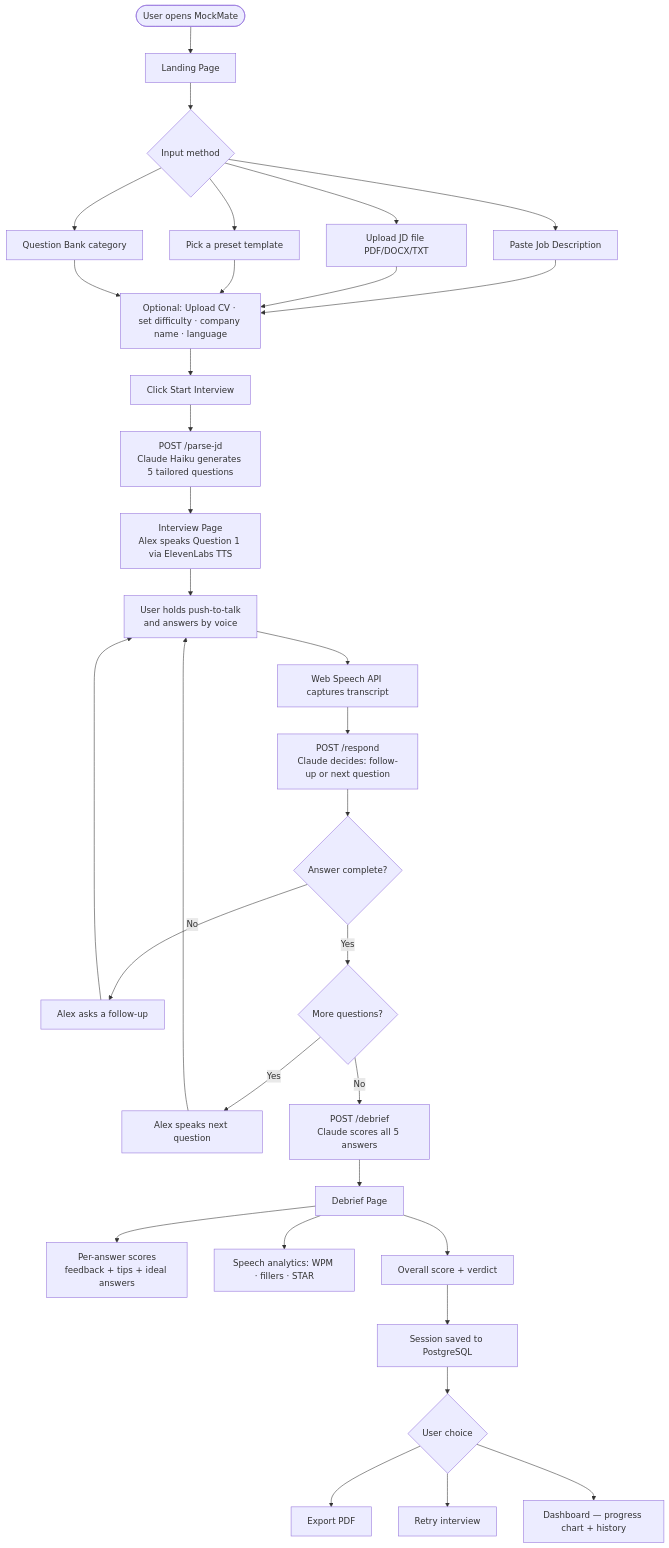
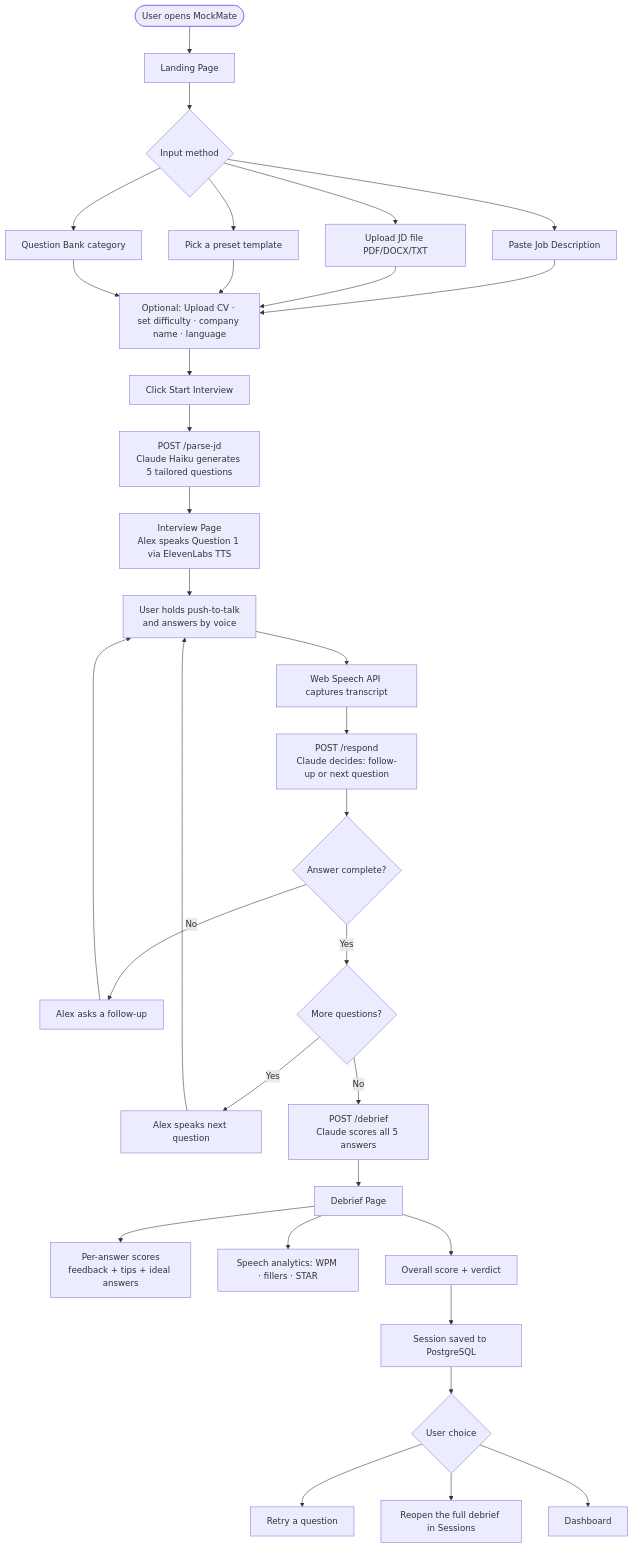
Before and after one commit to VolodymyrSalenko/MockMate: the diagram in README.md, drawn with Mermaid. The commit also changed other lines of this file and 18 other files, not shown here.

First line of the commit message:
feat: full debrief in Sessions, interviewer voice in recordings, saved retries (#8)

````diff
--- a/README.md
+++ b/README.md
@@ -11,40 +11,40 @@
 ```mermaid
 flowchart TD
     A([User opens MockMate]) --> B[Landing Page]
 
     B --> C{Input method}
     C --> D[Paste Job Description]
     C --> E[Upload JD file PDF/DOCX/TXT]
     C --> F[Pick a preset template]
     C --> G[Question Bank category]
 
     D & E & F & G --> H[Optional: Upload CV · set difficulty · company name · language]
     H --> I[Click Start Interview]
 
     I --> J[POST /parse-jd\nClaude Haiku generates 5 tailored questions]
 
     J --> K[Interview Page\nAlex speaks Question 1 via ElevenLabs TTS]
 
     K --> L[User holds push-to-talk\nand answers by voice]
     L --> M[Web Speech API captures transcript]
     M --> N[POST /respond\nClaude decides: follow-up or next question]
 
     N --> O{Answer complete?}
     O -- No --> P[Alex asks a follow-up]
     P --> L
     O -- Yes --> Q{More questions?}
     Q -- Yes --> R[Alex speaks next question]
     R --> L
     Q -- No --> S[POST /debrief\nClaude scores all 5 answers]
 
     S --> T[Debrief Page]
     T --> U[Per-answer scores\nfeedback + tips + ideal answers]
     T --> V[Speech analytics: WPM · fillers · STAR]
     T --> W[Overall score + verdict]
 
     W --> X[Session saved to PostgreSQL]
     X --> Y{User choice}
-    Y --> Z[Export PDF]
-    Y --> AA[Retry interview]
-    Y --> AB[Dashboard — progress chart + history]
+    Y --> Z[Retry a question]
+    Y --> AA[Reopen the full debrief in Sessions]
+    Y --> AB[Dashboard]
 ```
````
